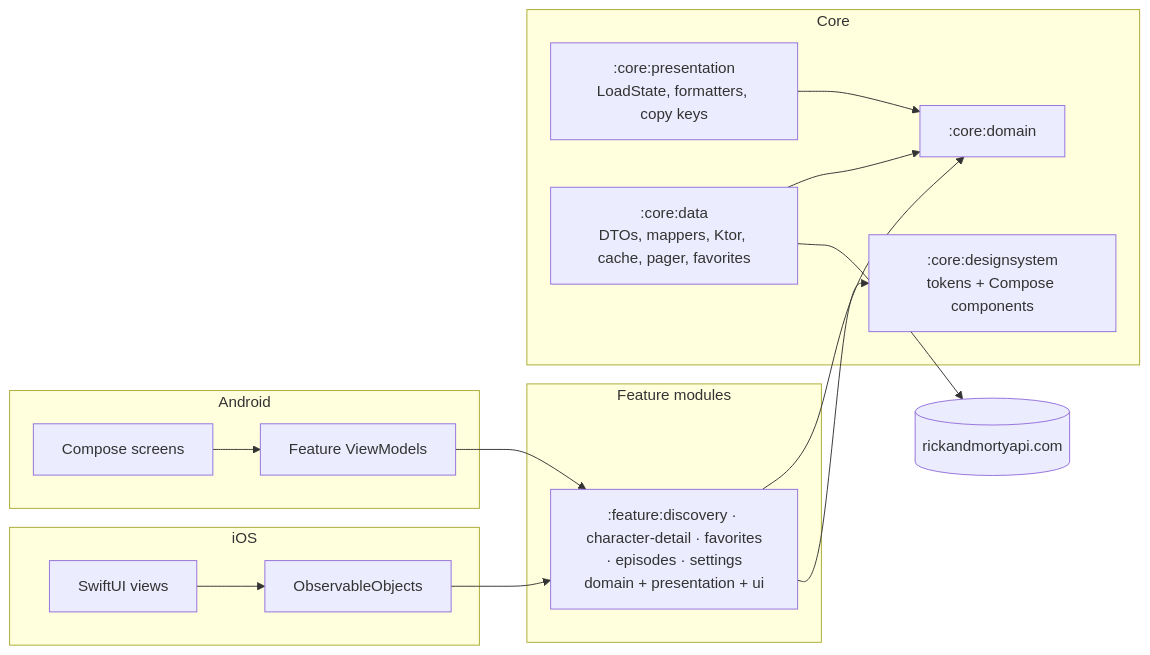
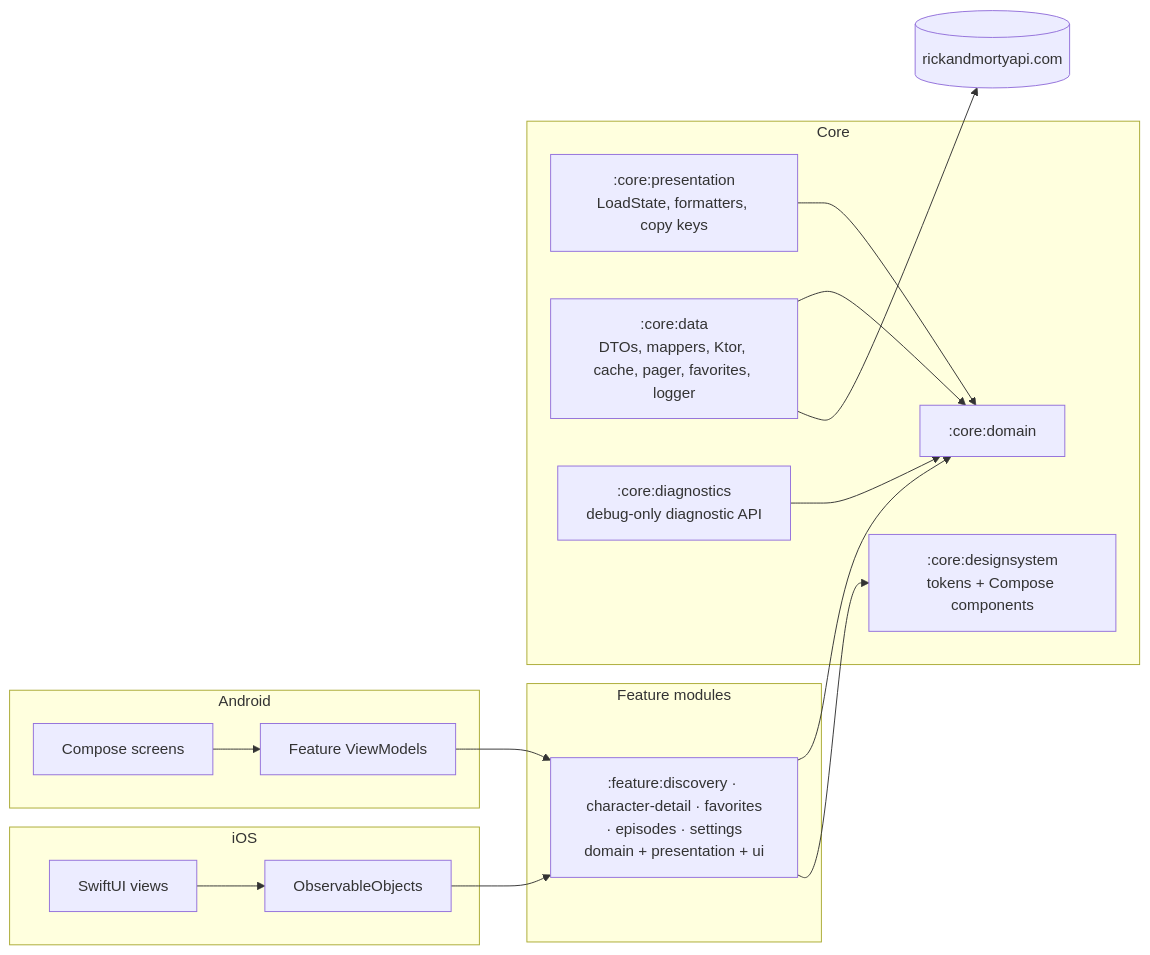
Before and after one commit to davidru85/RickAndMorty: the diagram in README.md, drawn with Mermaid. The commit also changed other lines of this file and 13 other files, not shown here.

````diff
--- a/README.md
+++ b/README.md
@@ -84,25 +84,27 @@
 ```mermaid
 flowchart LR
     subgraph Android
         AC["Compose screens"] --> AVM["Feature ViewModels"]
     end
     subgraph iOS
         IV["SwiftUI views"] --> IO["ObservableObjects"]
     end
     AVM --> FEAT
     IO --> FEAT
     subgraph "Feature modules"
         FEAT[":feature:discovery · character-detail · favorites<br/>· episodes · settings<br/>domain + presentation + ui"]
     end
     FEAT --> CORE
     subgraph Core
         CORE[":core:domain"] 
         CP[":core:presentation<br/>LoadState, formatters, copy keys"]
-        CDA[":core:data<br/>DTOs, mappers, Ktor, cache, pager, favorites"]
+        CDA[":core:data<br/>DTOs, mappers, Ktor, cache, pager, favorites, logger"]
         CDS[":core:designsystem<br/>tokens + Compose components"]
+        CDG[":core:diagnostics<br/>debug-only diagnostic API"]
     end
     CDA --> CORE
     CP --> CORE
+    CDG --> CORE
     FEAT --> CDS
     CDA --> API[("rickandmortyapi.com")]
 ```
````
